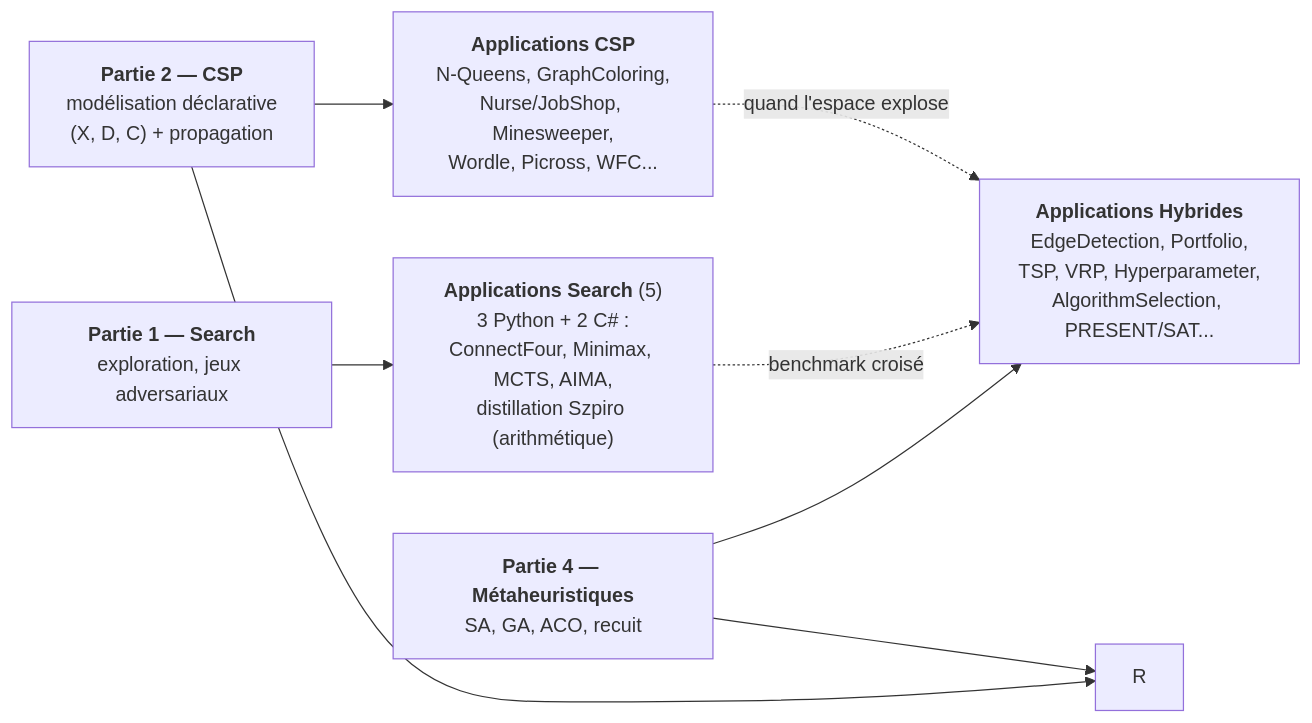
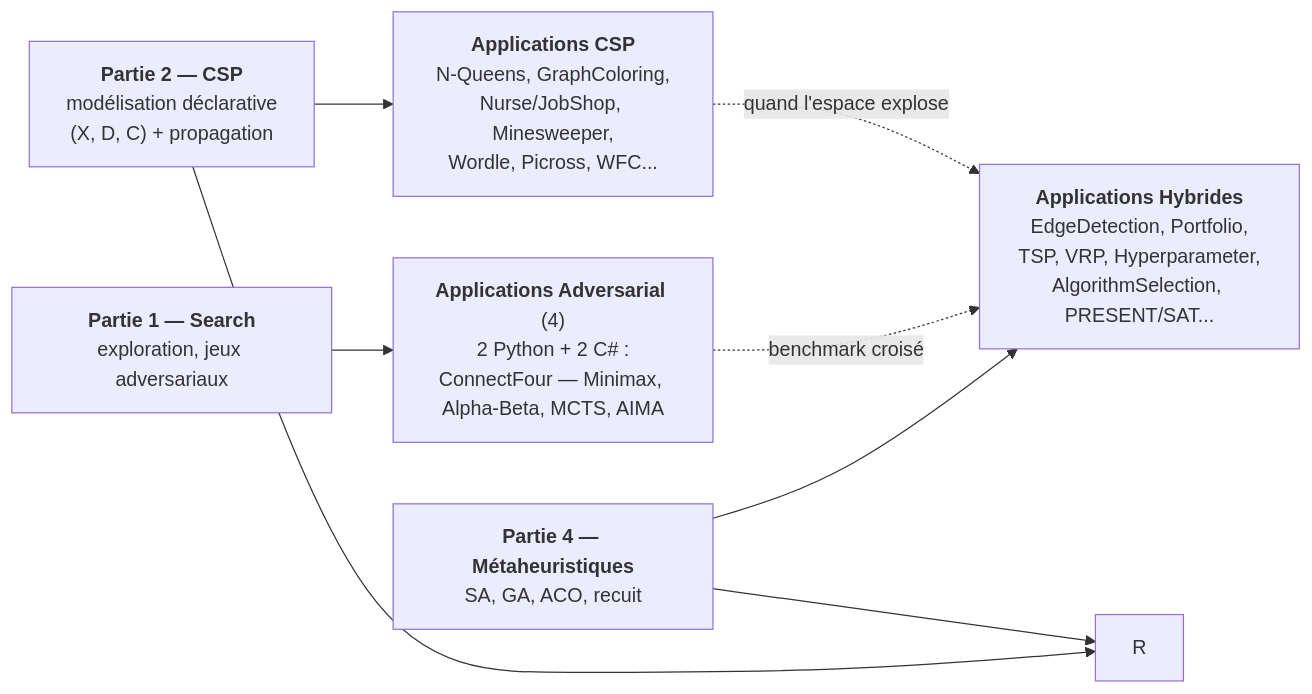
One commit to jsboige/CoursIA changed the diagram in MyIA.AI.Notebooks/Search/Applications/README.md. Above: the diagram before and after it, drawn with Mermaid. The commit also changed other lines of this file and 24 other files, not shown here.

First line of the commit message:
docs(search,#19254): tranche 2 -- bucket Adversarial + regle d'admission (#21167)

````diff
--- a/MyIA.AI.Notebooks/Search/Applications/README.md
+++ b/MyIA.AI.Notebooks/Search/Applications/README.md
@@ -39,16 +41,16 @@
 ```mermaid
 flowchart LR
     P1["<b>Partie 1 — Search</b><br/>exploration, jeux adversariaux"]
     P2["<b>Partie 2 — CSP</b><br/>modélisation déclarative<br/>(X, D, C) + propagation"]
     P4["<b>Partie 4 — Métaheuristiques</b><br/>SA, GA, ACO, recuit"]
-    S["<b>Applications Search</b> (5)<br/>3 Python + 2 C# :<br/>ConnectFour, Minimax, MCTS, AIMA,<br/>distillation Szpiro (arithmétique)"]
+    A["<b>Applications Adversarial</b> (4)<br/>2 Python + 2 C# :<br/>ConnectFour — Minimax, Alpha-Beta, MCTS, AIMA"]
     C["<b>Applications CSP</b><br/>N-Queens, GraphColoring,<br/>Nurse/JobShop, Minesweeper,<br/>Wordle, Picross, WFC..."]
     H["<b>Applications Hybrides</b><br/>EdgeDetection, Portfolio,<br/>TSP, VRP, Hyperparameter,<br/>AlgorithmSelection, PRESENT/SAT..."]
-    P1 --> S
+    P1 --> A
     P2 --> C
     P4 --> H
     P2 --> R
     P4 --> R
-    S -.->|"benchmark croisé"| H
+    A -.->|"benchmark croisé"| H
     C -.->|"quand l'espace explose"| H
 ```
````
